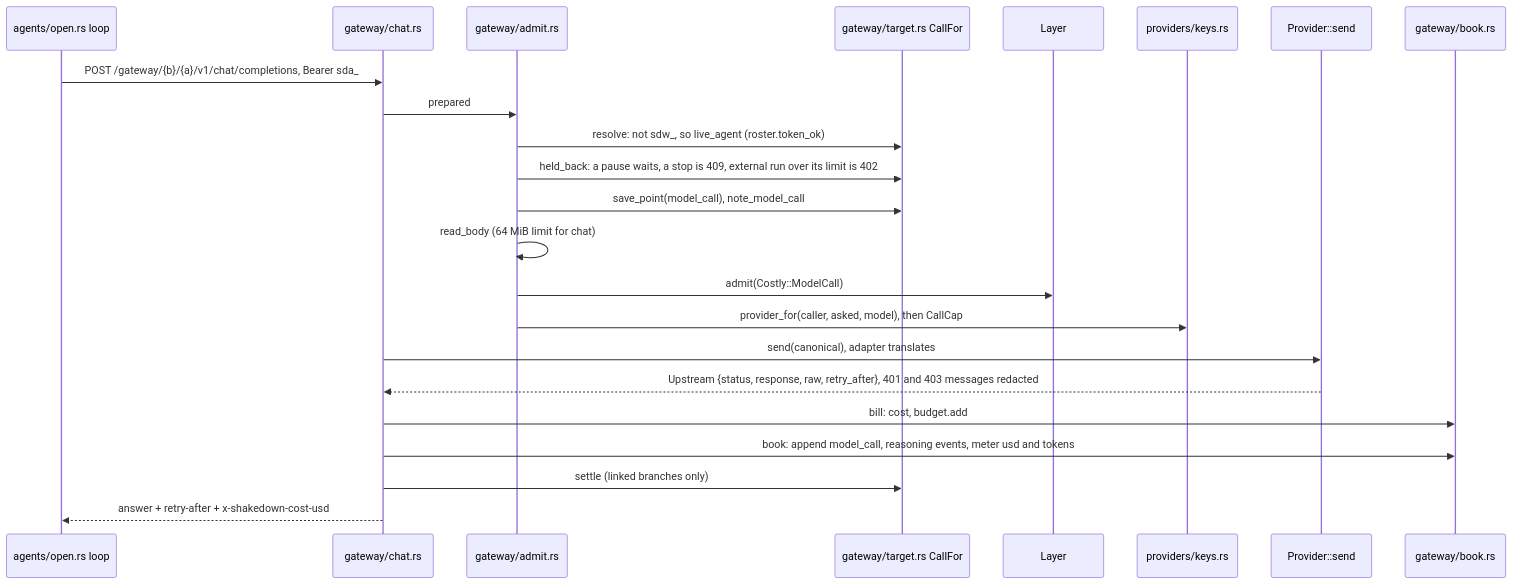
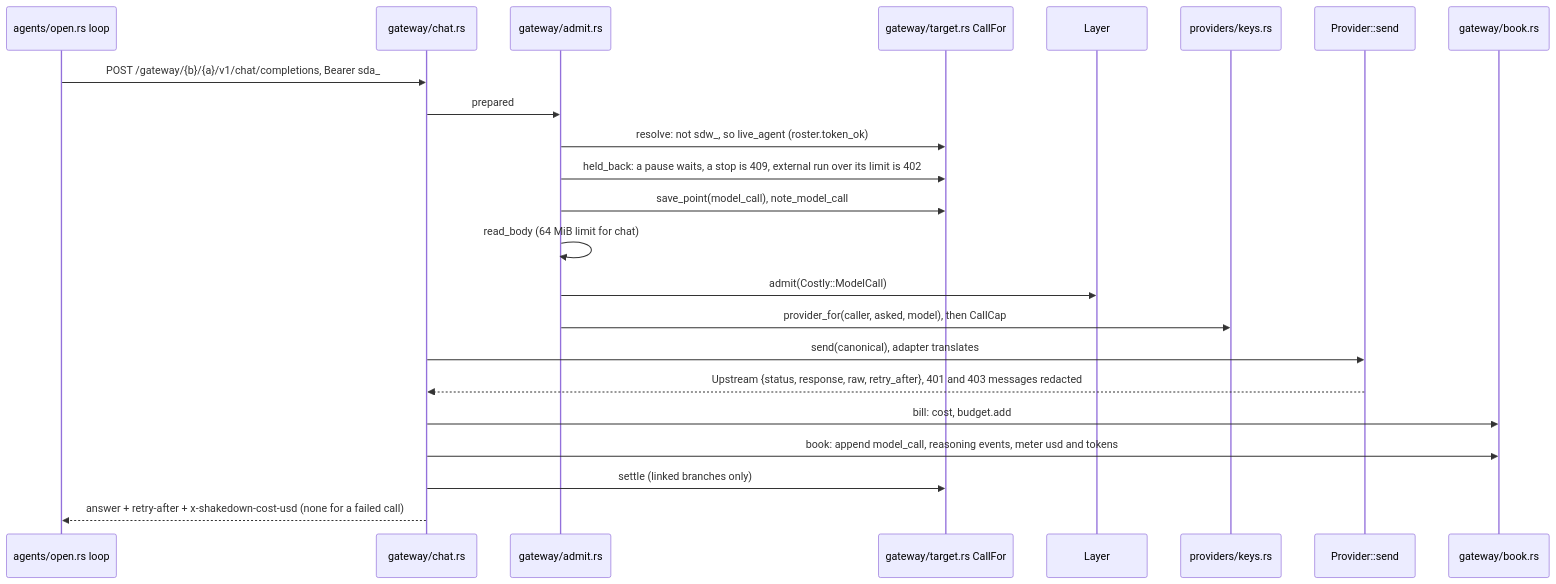
One commit to CopperTide/Shakedown changed the first of 4 diagrams in docs/internals/model-traffic.md. Above: the diagram before and after it, drawn with Mermaid. The commit also changed 3 other files, not shown here.

First line of the commit message:
test(shaked): a failed call answers no cost header on any route, and the worker reads only a cost that was sent

````diff
--- a/docs/internals/model-traffic.md
+++ b/docs/internals/model-traffic.md
@@ -64,25 +64,25 @@
 ```mermaid
 sequenceDiagram
     participant A as agents/open.rs loop
     participant C as gateway/chat.rs
     participant AD as gateway/admit.rs
     participant T as gateway/target.rs CallFor
     participant Y as Layer
     participant K as providers/keys.rs
     participant P as Provider::send
     participant B as gateway/book.rs
     A->>C: POST /gateway/{b}/{a}/v1/chat/completions, Bearer sda_
     C->>AD: prepared
     AD->>T: resolve: not sdw_, so live_agent (roster.token_ok)
     AD->>T: held_back: a pause waits, a stop is 409, external run over its limit is 402
     AD->>T: save_point(model_call), note_model_call
     AD->>AD: read_body (64 MiB limit for chat)
     AD->>Y: admit(Costly::ModelCall)
     AD->>K: provider_for(caller, asked, model), then CallCap
     C->>P: send(canonical), adapter translates
     P-->>C: Upstream {status, response, raw, retry_after}, 401 and 403 messages redacted
     C->>B: bill: cost, budget.add
     C->>B: book: append model_call, reasoning events, meter usd and tokens
     C->>T: settle (linked branches only)
-    C-->>A: answer + retry-after + x-shakedown-cost-usd
+    C-->>A: answer + retry-after + x-shakedown-cost-usd (none for a failed call)
 ```
````
